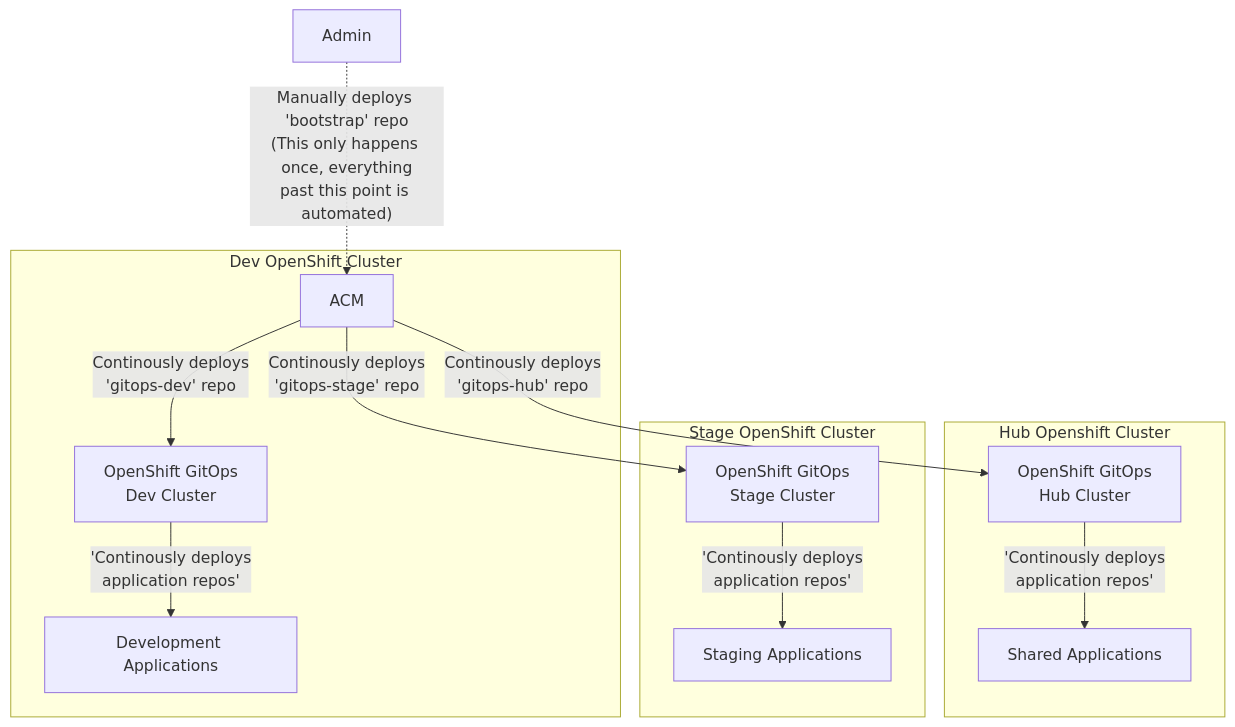
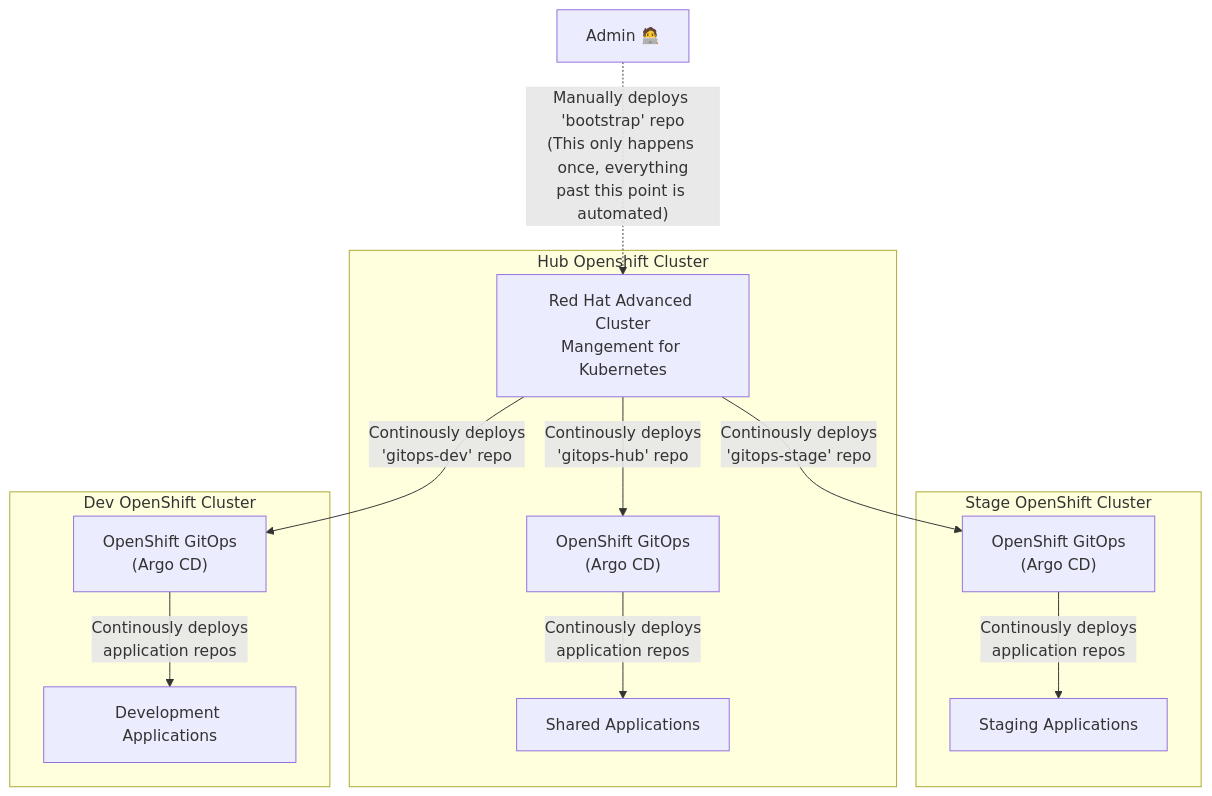
Before and after one commit to hello-world-gitops/.github: the second of 2 diagrams in profile/README.md, drawn with Mermaid.

Commit message:
Refactor repos diagram
Actually opened mermaid.live and did some edits there to get to look
presentable.

````diff
--- a/profile/README.md
+++ b/profile/README.md
@@ -38,30 +38,32 @@
 ```mermaid
 graph TD
-        Admin -. "Manually deploys 'bootstrap' repo<br />(This only happens once, everything<br />past this point is automated)" .-> ACM
+	Admin["Admin 🧑‍💻"]
+	ACM[Red Hat Advanced Cluster<br />Mangement for Kubernetes]
 
-        subgraph dev [Dev OpenShift Cluster]
-        GitOpsDev["OpenShift GitOps<br />Dev Cluster"]
-        DevApplications["Development Applications"]
+	subgraph stage [Stage OpenShift Cluster]
+	GitOpsStage["OpenShift GitOps<br />(Argo CD)"]
+	StageApplications["Staging Applications"]
+	end
 
-        ACM -- "Continously deploys<br />'gitops-dev' repo" --> GitOpsDev
-        GitOpsDev -- 'Continously deploys<br />application repos' --> DevApplications
-        end
+	subgraph hub [Hub Openshift Cluster]
+	ACM
+	GitOpsHub["OpenShift GitOps<br />(Argo CD)"]
+	SharedApplications["Shared Applications"]
+	end
 
+	subgraph dev [Dev OpenShift Cluster]
+	GitOpsDev["OpenShift GitOps<br />(Argo CD)"]
+	DevApplications["Development Applications"]
+	end
 
-        subgraph hub [Hub Openshift Cluster]
-        ACM
-        GitOpsHub["OpenShift GitOps<br />Hub Cluster"]
-        SharedApplications["Shared Applications"]
+	Admin -. "Manually deploys 'bootstrap' repo<br />(This only happens once, everything<br />past this point is automated)" .-> ACM
 
-        ACM -- "Continously deploys<br />'gitops-hub' repo" --> GitOpsHub
-        GitOpsHub -- 'Continously deploys<br />application repos' --> SharedApplications
-        end
+	ACM -- "Continously deploys<br />'gitops-hub' repo" --> GitOpsHub
+	GitOpsHub -- "Continously deploys<br />application repos" --> SharedApplications
 
-        subgraph stage [Stage OpenShift Cluster]
-        GitOpsStage["OpenShift GitOps<br />Stage Cluster"]
-        StageApplications["Staging Applications"]
+	ACM -- "Continously deploys<br />'gitops-dev' repo" --> GitOpsDev
+	GitOpsDev -- "Continously deploys<br />application repos" --> DevApplications
 
-        ACM -- "Continously deploys<br />'gitops-stage' repo" --> GitOpsStage
-        GitOpsStage -- 'Continously deploys<br />application repos' --> StageApplications
-        end
+	ACM -- "Continously deploys<br />'gitops-stage' repo" --> GitOpsStage
+	GitOpsStage -- "Continously deploys<br />application repos" --> StageApplications
 ```
````
